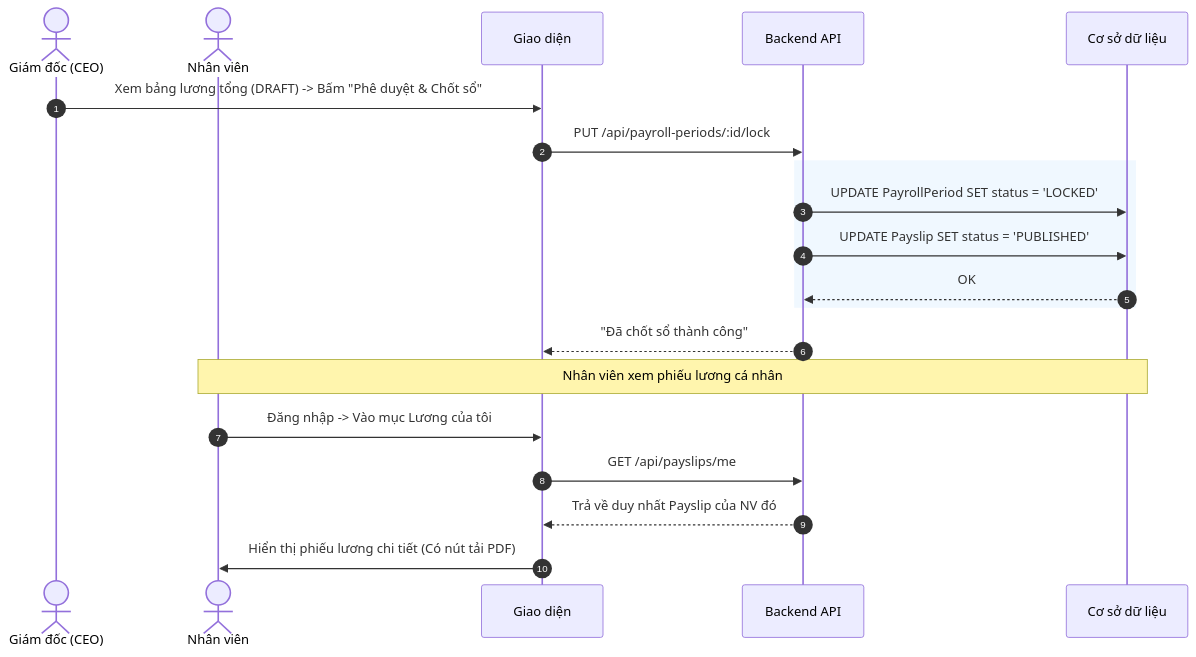
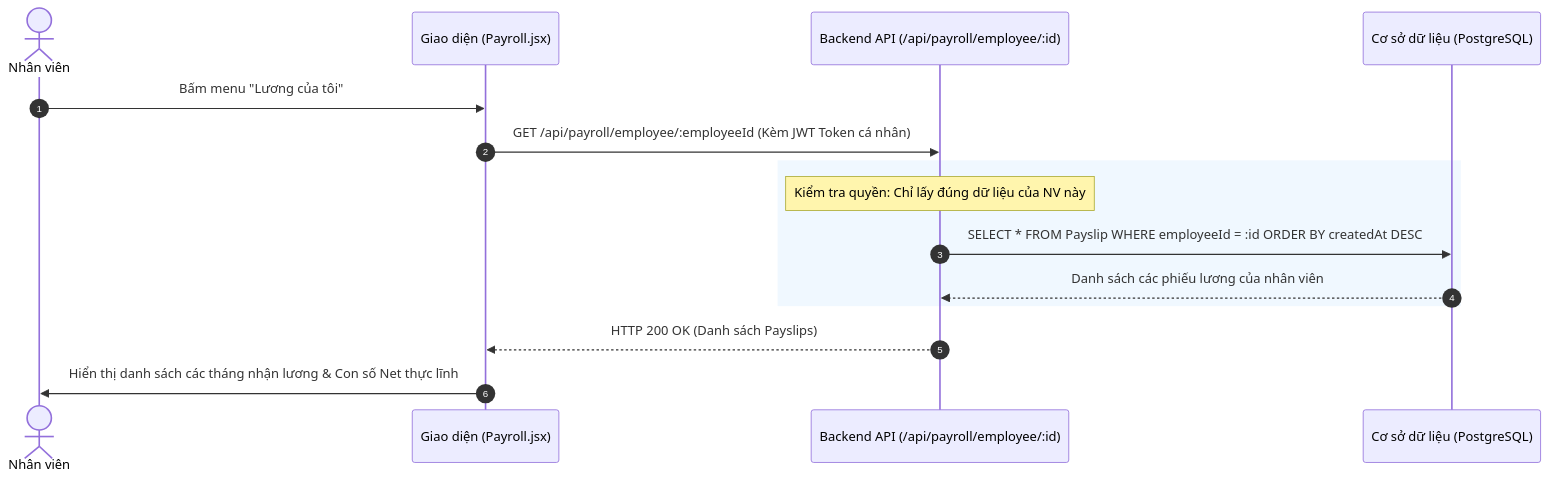
Before and after one commit to aye2710/HRM-DATN: the sixth of 7 diagrams in docs/Tài liệu phân tích nghiệp vụ từng module/Module Tiền lương/Chuc-nang-Phieu-Luong.md, drawn with Mermaid. The commit also changed other lines of this file and 27 other files, not shown here.

````diff
--- a/docs/Tài liệu phân tích nghiệp vụ từng module/Module Tiền lương/Chuc-nang-Phieu-Luong.md
+++ b/docs/Tài liệu phân tích nghiệp vụ từng module/Module Tiền lương/Chuc-nang-Phieu-Luong.md
@@ -12,26 +227,20 @@
 ```mermaid
 sequenceDiagram
     autonumber
-    actor CEO as Giám đốc (CEO)
     actor NV as Nhân viên
-    participant FE as Giao diện
-    participant BE as Backend API
-    participant DB as Cơ sở dữ liệu
+    participant FE as Giao diện (Payroll.jsx)
+    participant BE as Backend API (/api/payroll/employee/:id)
+    participant DB as Cơ sở dữ liệu (PostgreSQL)
 
-    CEO->>FE: Xem bảng lương tổng (DRAFT) -> Bấm "Phê duyệt & Chốt sổ"
-    FE->>BE: PUT /api/payroll-periods/:id/lock
+    NV->>FE: Bấm menu "Lương của tôi"
+    FE->>BE: GET /api/payroll/employee/:employeeId (Kèm JWT Token cá nhân)
     
     rect rgb(240, 248, 255)
-        BE->>DB: UPDATE PayrollPeriod SET status = 'LOCKED'
-        BE->>DB: UPDATE Payslip SET status = 'PUBLISHED'
-        DB-->>BE: OK
+        Note over BE: Kiểm tra quyền: Chỉ lấy đúng dữ liệu của NV này
+        BE->>DB: SELECT * FROM Payslip WHERE employeeId = :id ORDER BY createdAt DESC
+        DB-->>BE: Danh sách các phiếu lương của nhân viên
     end
     
-    BE-->>FE: "Đã chốt sổ thành công"
-    
-    note over NV, DB: Nhân viên xem phiếu lương cá nhân
-    NV->>FE: Đăng nhập -> Vào mục Lương của tôi
-    FE->>BE: GET /api/payslips/me
-    BE-->>FE: Trả về duy nhất Payslip của NV đó
-    FE->>NV: Hiển thị phiếu lương chi tiết (Có nút tải PDF)
+    BE-->>FE: HTTP 200 OK (Danh sách Payslips)
+    FE->>NV: Hiển thị danh sách các tháng nhận lương & Con số Net thực lĩnh
 ```
````
